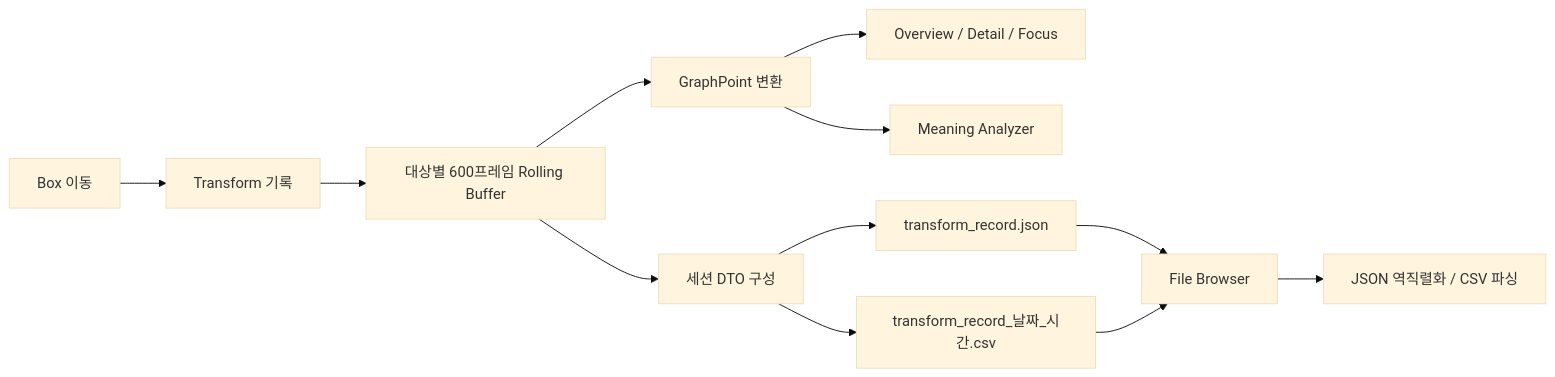
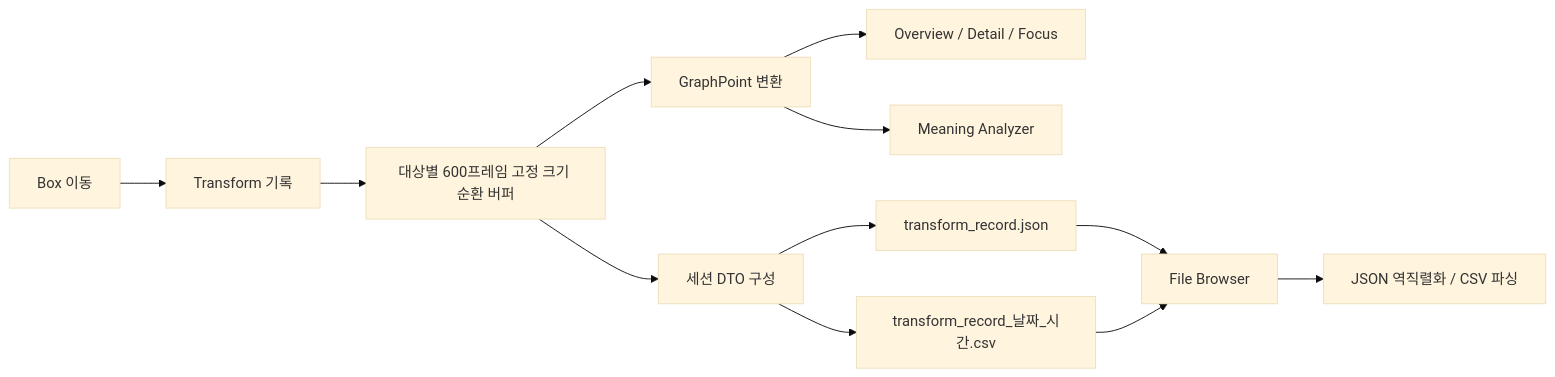
Before and after one commit to seongyeop-dev/plt_monitor: the second of 2 diagrams in README.md, drawn with Mermaid (base theme). The commit also changed other lines of this file and 19 other files, not shown here.

````diff
--- a/README.md
+++ b/README.md
@@ -125,15 +124,15 @@
 ```mermaid
 flowchart LR
     A[Box 이동] --> B[Transform 기록]
-    B --> C[대상별 600프레임 Rolling Buffer]
+    B --> C[대상별 600프레임 고정 크기 순환 버퍼]
     C --> D[GraphPoint 변환]
     D --> E[Overview / Detail / Focus]
     D --> F[Meaning Analyzer]
 
     C --> G[세션 DTO 구성]
     G --> H[transform_record.json]
     G --> I[transform_record_날짜_시간.csv]
     H --> J[File Browser]
     I --> J
     J --> K[JSON 역직렬화 / CSV 파싱]
 ```
````
